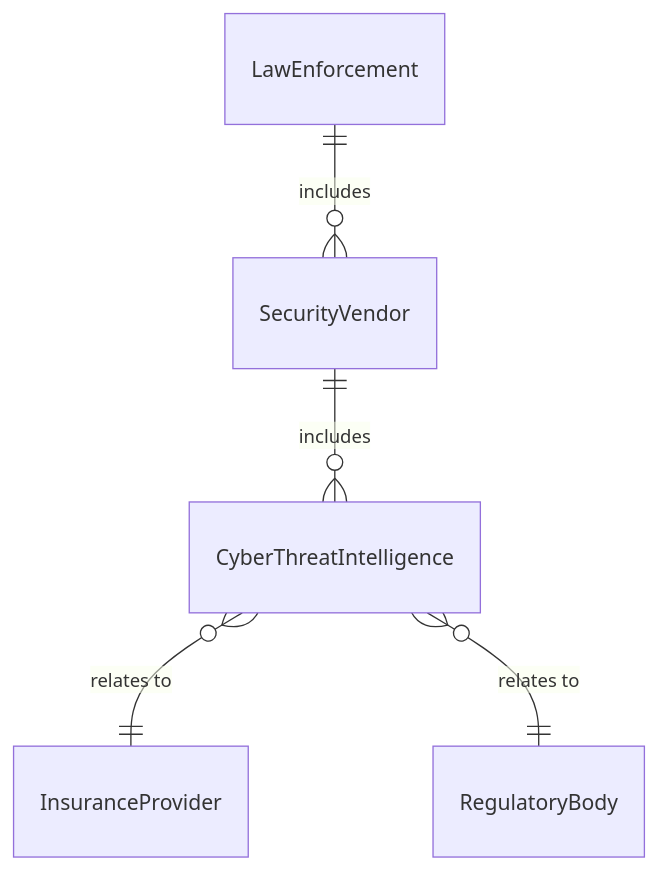
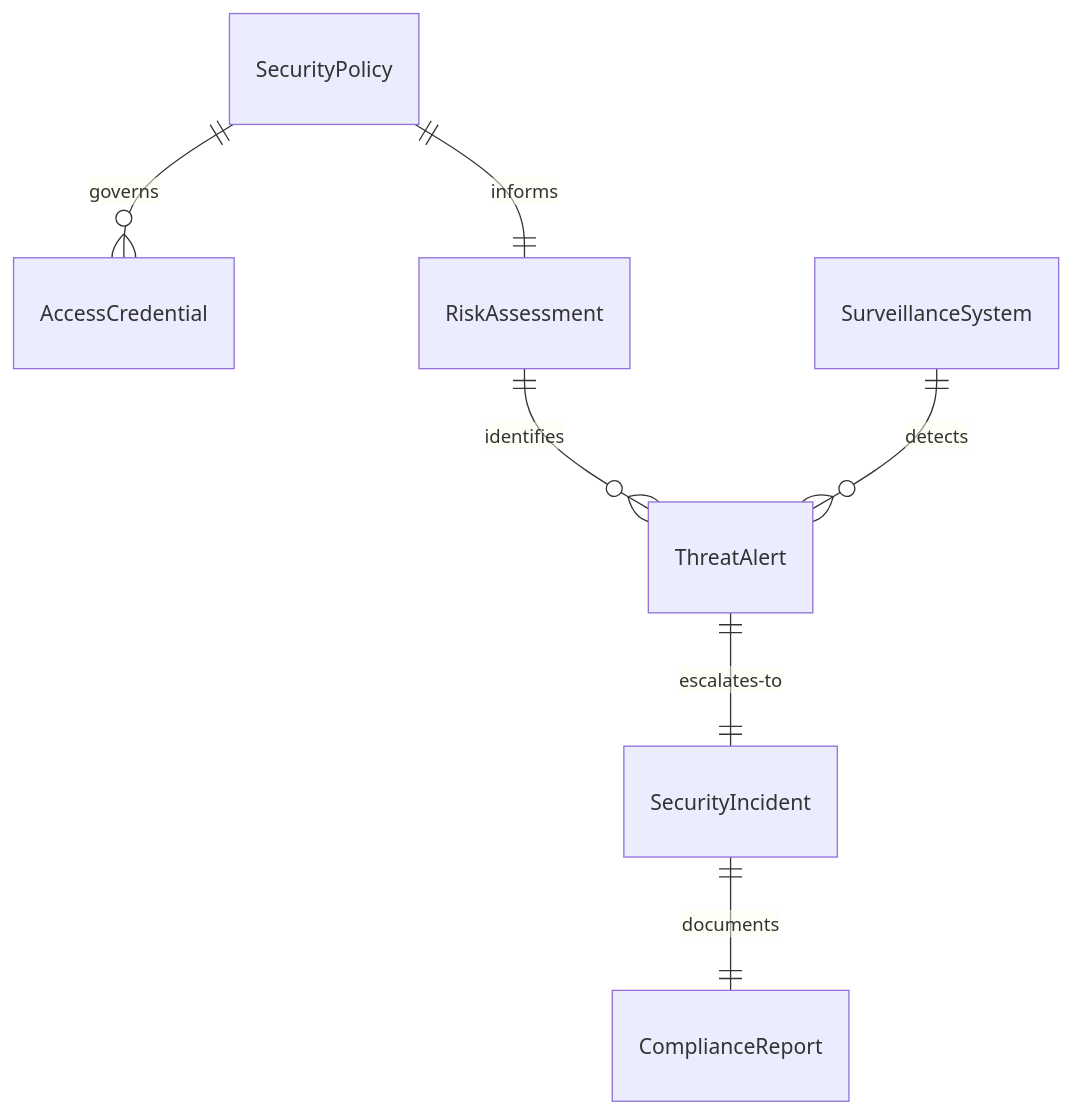
Before and after one commit to dot-org-ai/tasks.org.ai: the first of 4 diagrams in GuidingDirectingAndMotivatingSubordinates/DirectSecurityOrSafetyActivitiesOrOperations/ManageOrganizationalSecurityActivities.mdx, drawn with Mermaid. The commit also changed other lines of this file and 515 other files, not shown here.

````diff
--- a/GuidingDirectingAndMotivatingSubordinates/DirectSecurityOrSafetyActivitiesOrOperations/ManageOrganizationalSecurityActivities.mdx
+++ b/GuidingDirectingAndMotivatingSubordinates/DirectSecurityOrSafetyActivitiesOrOperations/ManageOrganizationalSecurityActivities.mdx
@@ -91,7 +91,9 @@
 ```mermaid
 erDiagram
-    LawEnforcement ||--o{ SecurityVendor : includes
-    SecurityVendor ||--o{ CyberThreatIntelligence : includes
-    CyberThreatIntelligence }o--|| InsuranceProvider : "relates to"
-    CyberThreatIntelligence }o--|| RegulatoryBody : "relates to"
+    SecurityPolicy ||--o{ AccessCredential : "governs"
+    RiskAssessment ||--o{ ThreatAlert : "identifies"
+    ThreatAlert ||--|| SecurityIncident : "escalates-to"
+    SurveillanceSystem ||--o{ ThreatAlert : "detects"
+    SecurityIncident ||--|| ComplianceReport : "documents"
+    SecurityPolicy ||--|| RiskAssessment : "informs"
 ```
````
